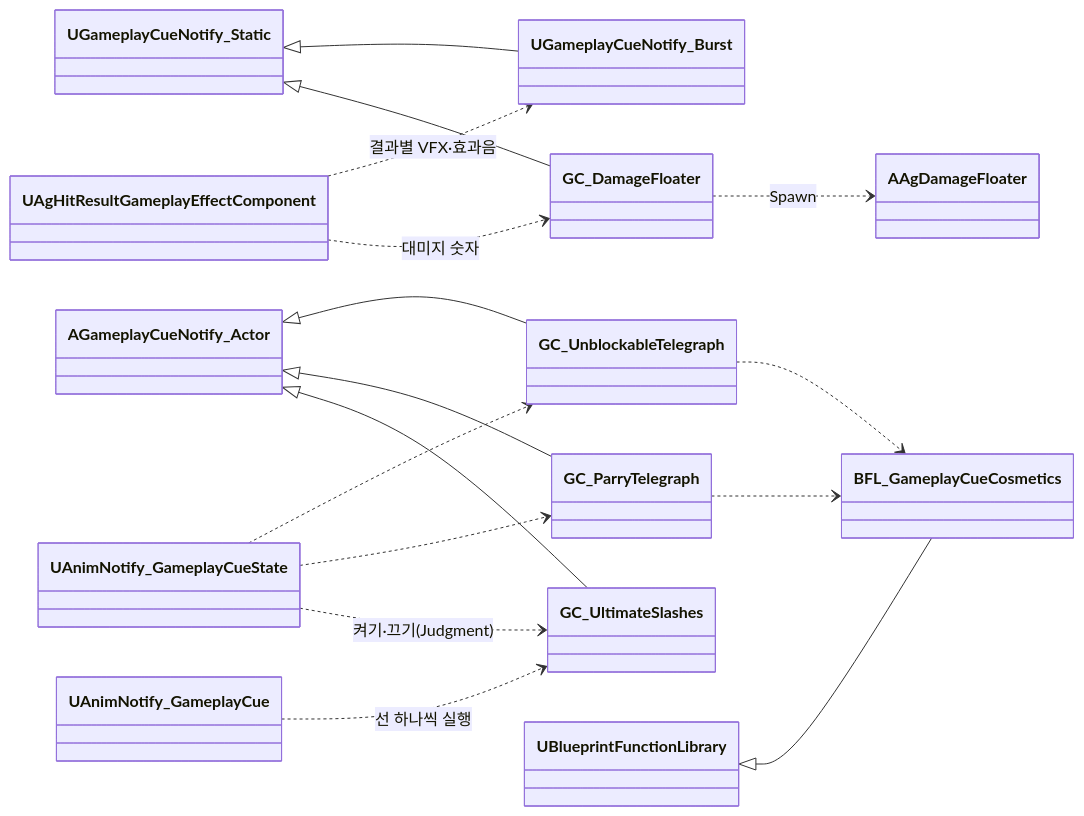
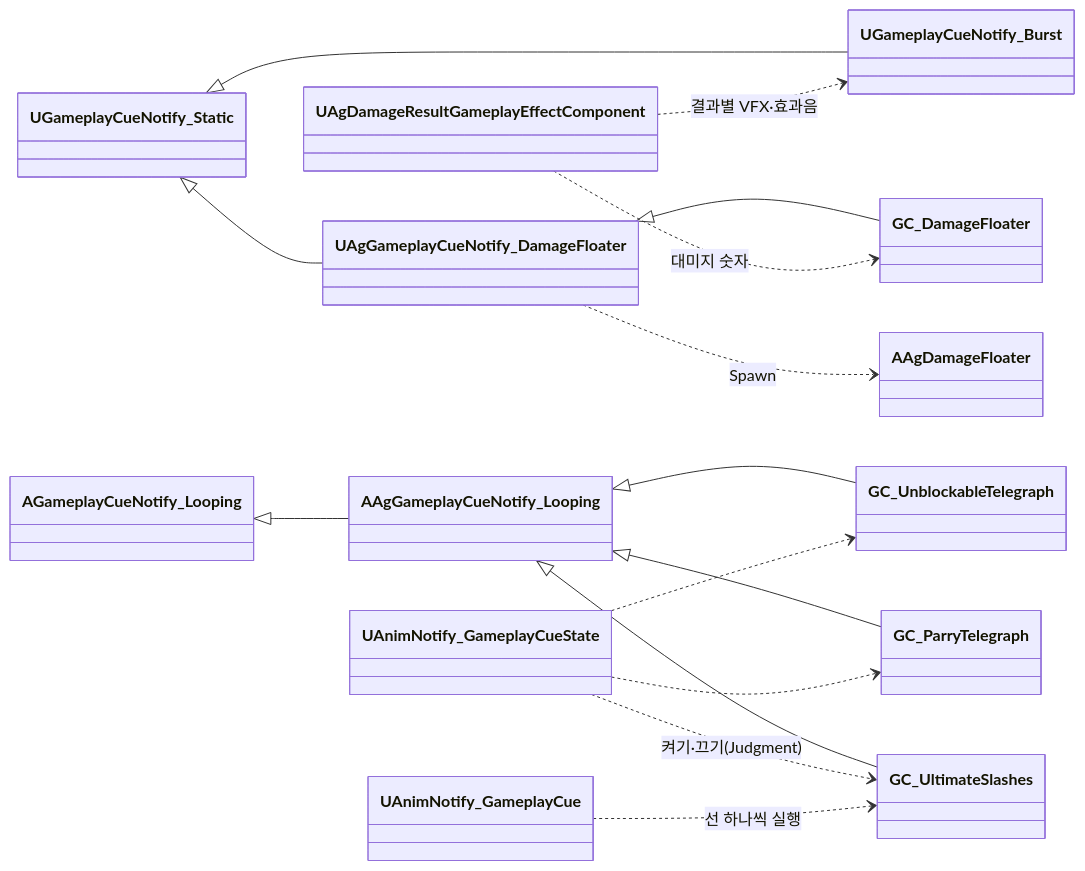
Before and after one commit to Woogl/Ag: the second of 2 diagrams in Docs/Program/전투 규칙.md, drawn with Mermaid. The commit also changed other lines of this file and 146 other files, not shown here.

Commit message:
구현: 전투 Task와 GameplayEffect 구조 정리 및 연출·문서 갱신

````diff
--- a/Docs/Program/전투 규칙.md
+++ b/Docs/Program/전투 규칙.md
@@ -57,19 +61,18 @@
 ```mermaid
 classDiagram
     direction LR
     UGameplayCueNotify_Static <|-- UGameplayCueNotify_Burst
-    UGameplayCueNotify_Static <|-- GC_DamageFloater
-    AGameplayCueNotify_Actor <|-- GC_UnblockableTelegraph
-    AGameplayCueNotify_Actor <|-- GC_ParryTelegraph
-    AGameplayCueNotify_Actor <|-- GC_UltimateSlashes
-    UBlueprintFunctionLibrary <|-- BFL_GameplayCueCosmetics
-    GC_UnblockableTelegraph ..> BFL_GameplayCueCosmetics
-    GC_ParryTelegraph ..> BFL_GameplayCueCosmetics
-    UAgHitResultGameplayEffectComponent ..> UGameplayCueNotify_Burst : 결과별 VFX·효과음
-    UAgHitResultGameplayEffectComponent ..> GC_DamageFloater : 대미지 숫자
-    GC_DamageFloater ..> AAgDamageFloater : Spawn
+    UGameplayCueNotify_Static <|-- UAgGameplayCueNotify_DamageFloater
+    UAgGameplayCueNotify_DamageFloater <|-- GC_DamageFloater
+    AGameplayCueNotify_Looping <|-- AAgGameplayCueNotify_Looping
+    AAgGameplayCueNotify_Looping <|-- GC_UnblockableTelegraph
+    AAgGameplayCueNotify_Looping <|-- GC_ParryTelegraph
+    AAgGameplayCueNotify_Looping <|-- GC_UltimateSlashes
+    UAgDamageResultGameplayEffectComponent ..> UGameplayCueNotify_Burst : 결과별 VFX·효과음
+    UAgDamageResultGameplayEffectComponent ..> GC_DamageFloater : 대미지 숫자
+    UAgGameplayCueNotify_DamageFloater ..> AAgDamageFloater : Spawn
     UAnimNotify_GameplayCueState ..> GC_UnblockableTelegraph
     UAnimNotify_GameplayCueState ..> GC_ParryTelegraph
     UAnimNotify_GameplayCueState ..> GC_UltimateSlashes : 켜기·끄기(Judgment)
     UAnimNotify_GameplayCue ..> GC_UltimateSlashes : 선 하나씩 실행
 ```
````
